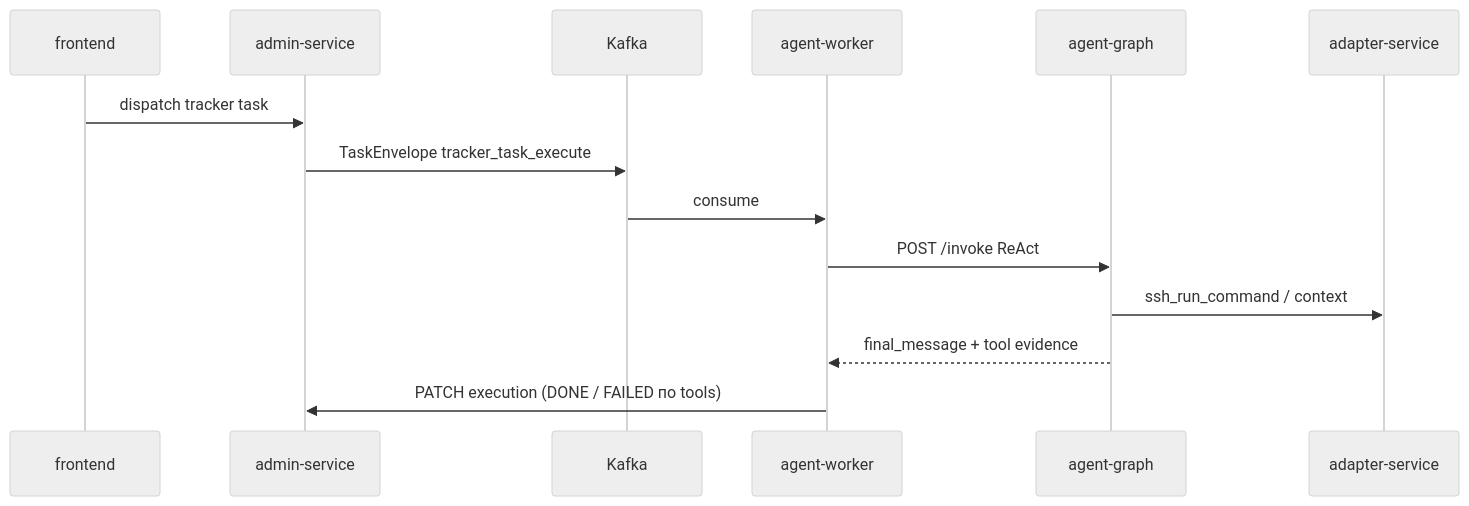
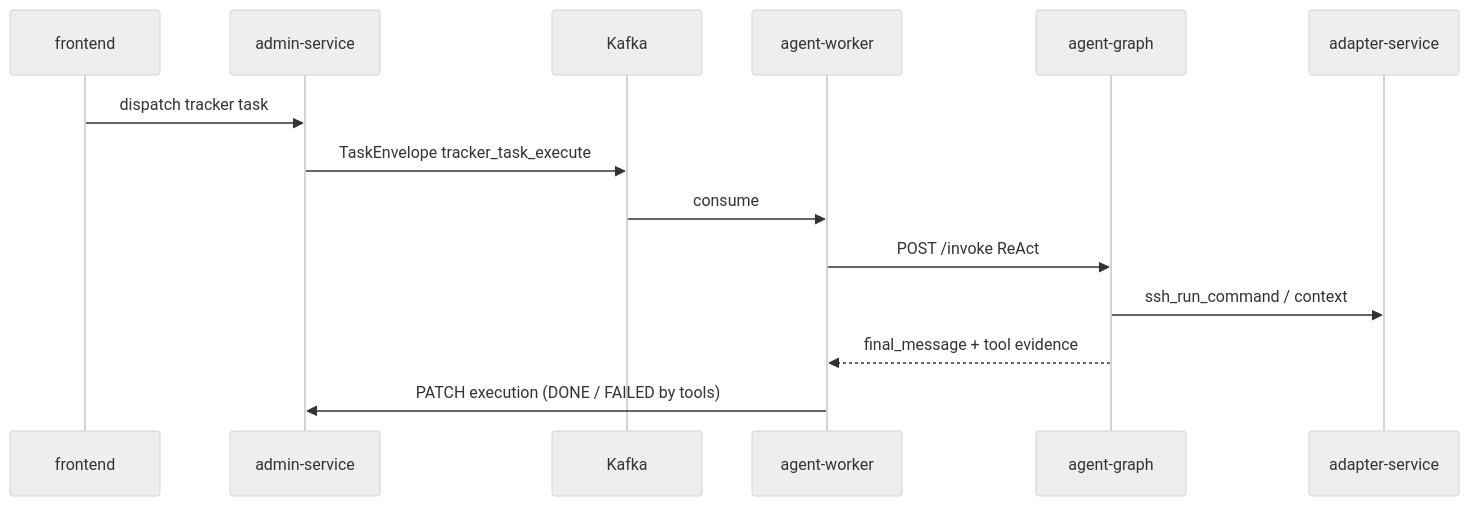
One commit to sergey-show/lambot-platform changed diagram 17 of 17 in Architecture.md. Above: the diagram before and after it, drawn with Mermaid (neutral theme). The commit also changed other lines of this file and 119 other files, not shown here.

````diff
--- a/Architecture.md
+++ b/Architecture.md
@@ -867,17 +867,17 @@
 ```mermaid
 sequenceDiagram
   participant UI as frontend
   participant ADM as admin-service
   participant KF as Kafka
   participant WRK as agent-worker
   participant AG as agent-graph
   participant ADP as adapter-service
 
   UI->>ADM: dispatch tracker task
   ADM->>KF: TaskEnvelope tracker_task_execute
   KF->>WRK: consume
   WRK->>AG: POST /invoke ReAct
   AG->>ADP: ssh_run_command / context
   AG-->>WRK: final_message + tool evidence
-  WRK->>ADM: PATCH execution (DONE / FAILED по tools)
+  WRK->>ADM: PATCH execution (DONE / FAILED by tools)
 ```
````
